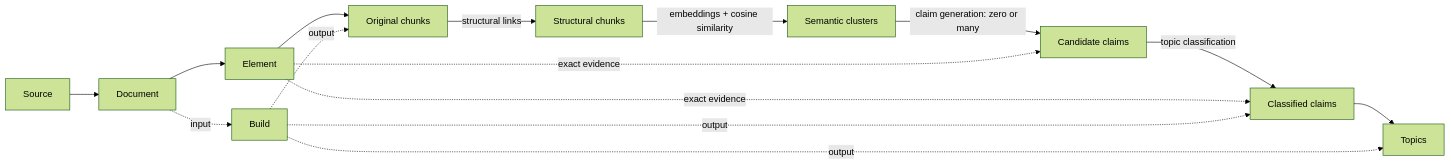
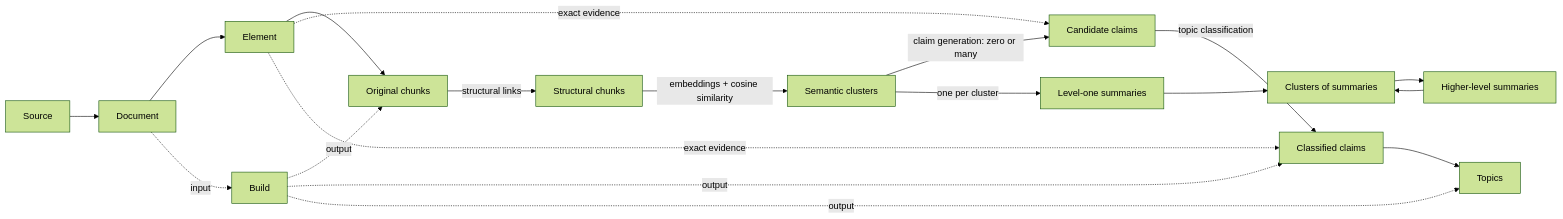
One commit to dieusangly/kf-mirror changed the diagram in doc/artifact-schemas.md. Above: the diagram before and after it, drawn with Mermaid (forest theme). The commit also changed other lines of this file and 41 other files, not shown here.

````diff
--- a/doc/artifact-schemas.md
+++ b/doc/artifact-schemas.md
@@ -73,15 +73,19 @@
 ```mermaid
 flowchart LR
   Source --> Document --> Element --> Original[Original chunks]
   Original -->|structural links| Structural[Structural chunks]
   Structural -->|embeddings + cosine similarity| Semantic[Semantic clusters]
   Semantic -->|claim generation: zero or many| Candidate[Candidate claims]
+  Semantic -->|one per cluster| Summary[Level-one summaries]
+  Summary --> SummaryCluster[Clusters of summaries]
+  SummaryCluster --> Higher[Higher-level summaries]
+  Higher --> SummaryCluster
   Candidate -->|topic classification| Claim[Classified claims]
   Claim --> Topic[Topics]
   Element -. exact evidence .-> Candidate
   Element -. exact evidence .-> Claim
   Document -. input .-> Build
   Build -. output .-> Original
   Build -. output .-> Claim
   Build -. output .-> Topic
 ```
````
